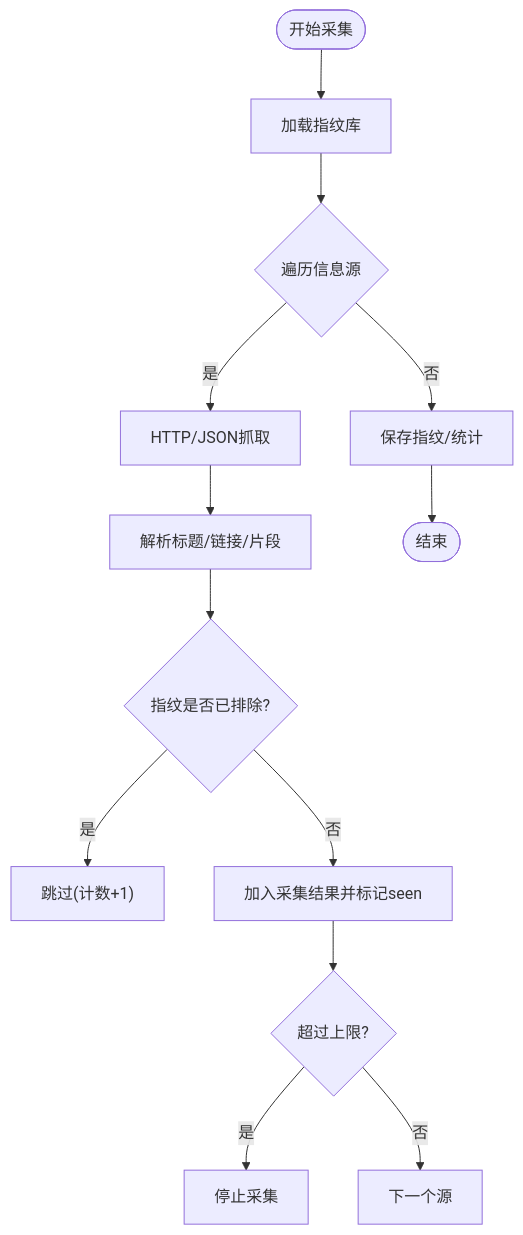
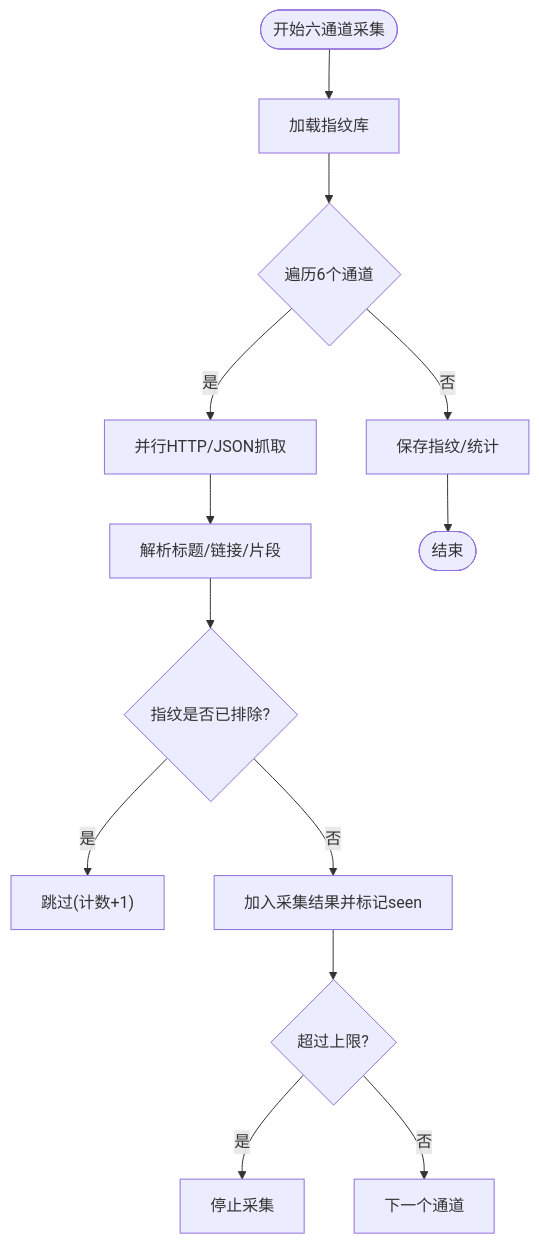
One commit to John198912/hermes_workspace changed the third of 4 diagrams in .qoder/repowiki/zh/content/核心技能详解/Qoder Agent 每日热点报告系统.md. Above: the diagram before and after it, drawn with Mermaid. The commit also changed other lines of this file and 1 other file, not shown here.

````diff
--- a/.qoder/repowiki/zh/content/核心技能详解/Qoder Agent 每日热点报告系统.md
+++ b/.qoder/repowiki/zh/content/核心技能详解/Qoder Agent 每日热点报告系统.md
@@ -153,15 +164,15 @@
 ```mermaid
 flowchart TD
-Start(["开始采集"]) --> LoadFP["加载指纹库"]
-LoadFP --> ForEachSrc{"遍历信息源"}
-ForEachSrc --> |是| Fetch["HTTP/JSON抓取"]
-Fetch --> Parse["解析标题/链接/片段"]
+Start(["开始六通道采集"]) --> LoadFP["加载指纹库"]
+LoadFP --> ForEachChannel{"遍历6个通道"}
+ForEachChannel --> |是| ParallelFetch["并行HTTP/JSON抓取"]
+ParallelFetch --> Parse["解析标题/链接/片段"]
 Parse --> FPCheck{"指纹是否已排除?"}
 FPCheck --> |是| Skip["跳过(计数+1)"]
 FPCheck --> |否| Add["加入采集结果并标记seen"]
 Add --> Cap{"超过上限?"}
 Cap --> |是| Stop["停止采集"]
-Cap --> |否| Next["下一个源"]
-ForEachSrc --> |否| Save["保存指纹/统计"]
+Cap --> |否| Next["下一个通道"]
+ForEachChannel --> |否| Save["保存指纹/统计"]
 Save --> End(["结束"])
 ```
````
